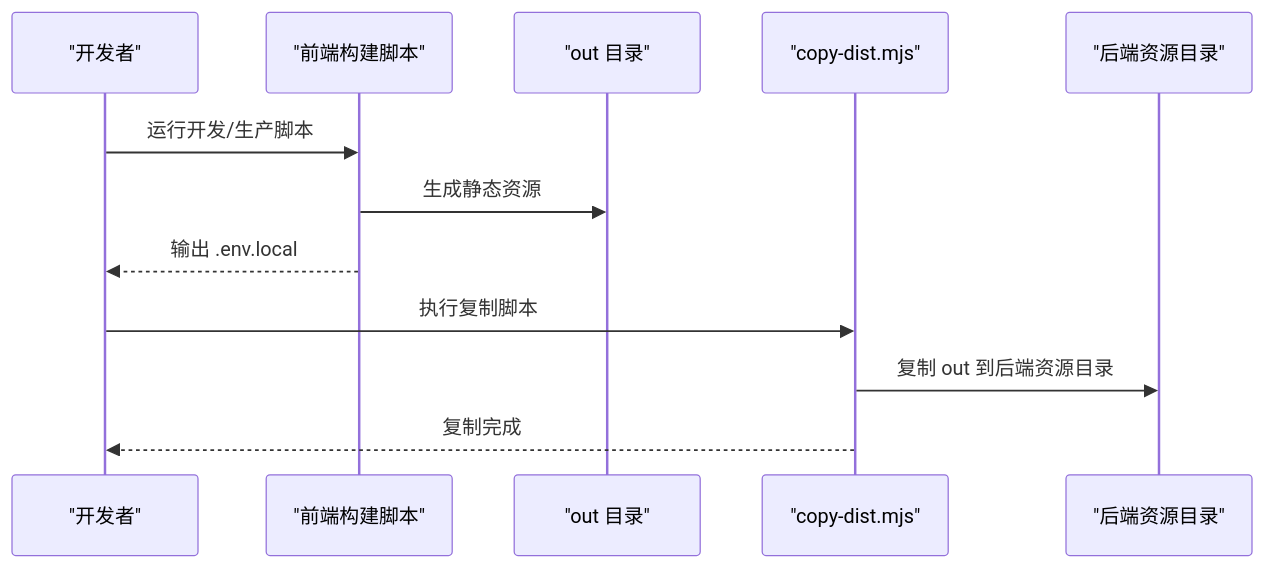
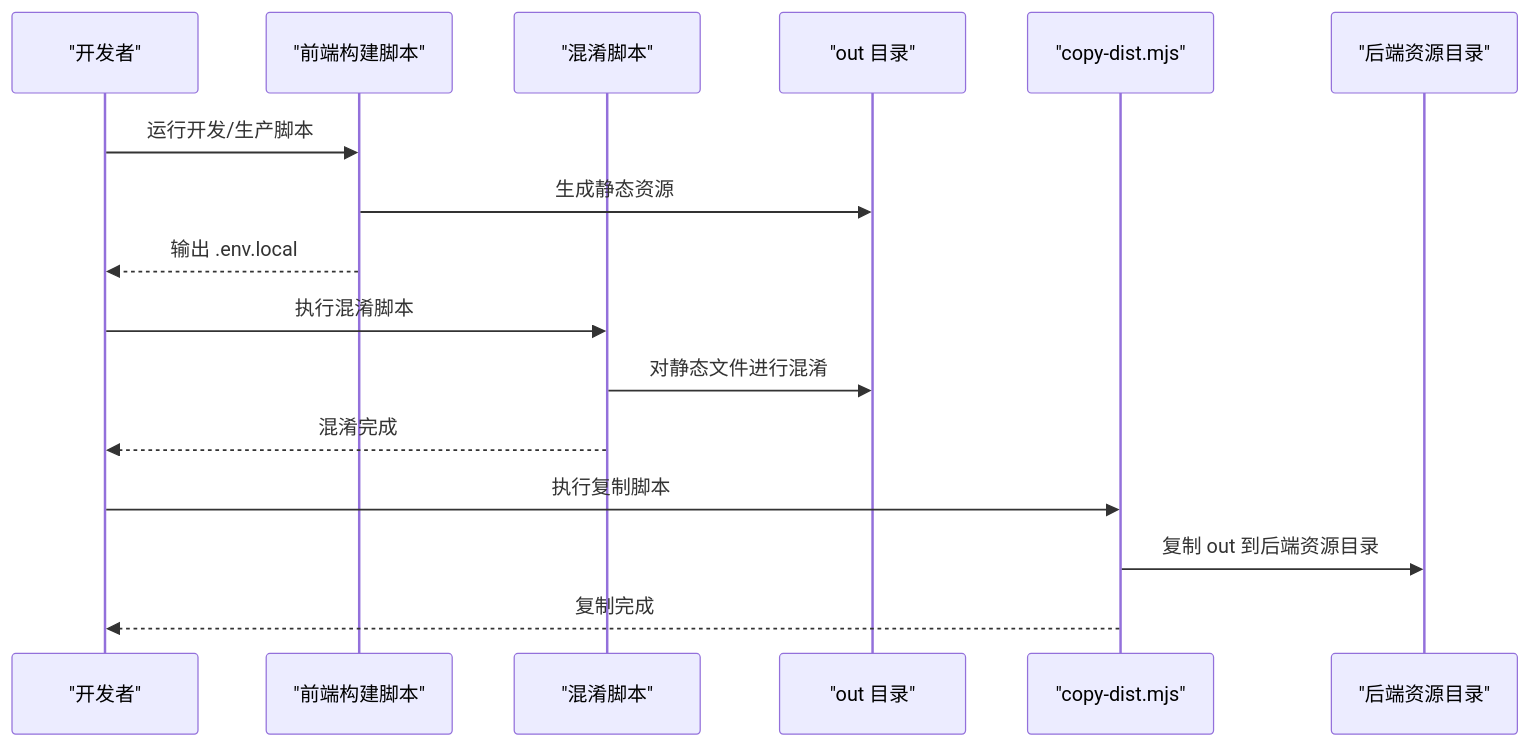
Before and after one commit to xulingfeng931027/get_jobs: the fourth of 7 diagrams in .qoder/repowiki/zh/content/部署运维/部署运维.md, drawn with Mermaid. The commit also changed other lines of this file and 74 other files, not shown here.

````diff
--- a/.qoder/repowiki/zh/content/部署运维/部署运维.md
+++ b/.qoder/repowiki/zh/content/部署运维/部署运维.md
@@ -195,14 +251,18 @@
 ```mermaid
 sequenceDiagram
 participant Dev as "开发者"
 participant FE as "前端构建脚本"
+participant OB as "混淆脚本"
 participant OUT as "out 目录"
 participant CP as "copy-dist.mjs"
 participant RES as "后端资源目录"
 Dev->>FE : 运行开发/生产脚本
 FE->>OUT : 生成静态资源
 FE-->>Dev : 输出 .env.local
+Dev->>OB : 执行混淆脚本
+OB->>OUT : 对静态文件进行混淆
+OB-->>Dev : 混淆完成
 Dev->>CP : 执行复制脚本
 CP->>RES : 复制 out 到后端资源目录
 CP-->>Dev : 复制完成
 ```
````
